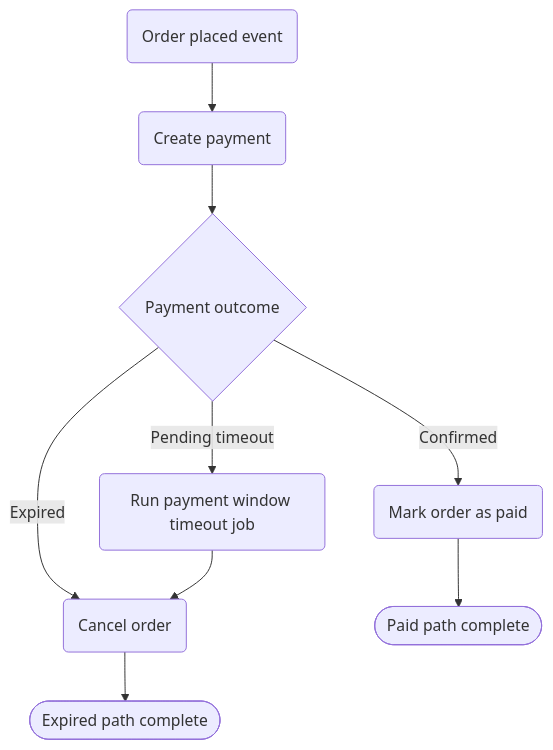
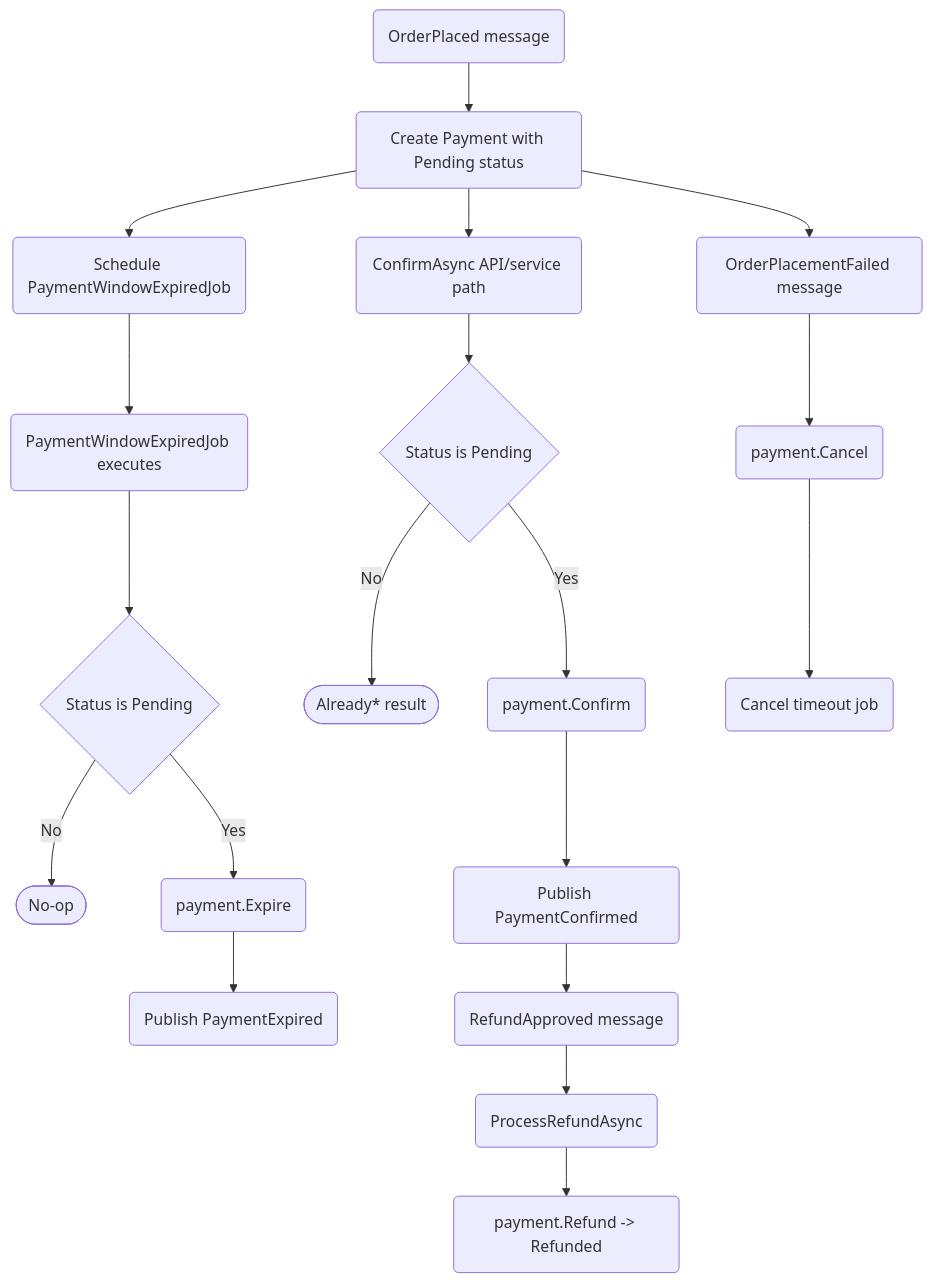
The diagram in assets/diagrams/flows/payments-lifecycle.md (kwojtasinski-repo/ECommerceApp), drawn with Mermaid before and after one commit. The commit also changed other lines of this file and 12 other files, not shown here.

Commit message:
[Docs] Update specification and flows

````diff
--- a/assets/diagrams/flows/payments-lifecycle.md
+++ b/assets/diagrams/flows/payments-lifecycle.md
@@ -6,11 +5,25 @@
 ```mermaid
 graph TD
-    A(Order placed event) --> B(Create payment)
-    B --> C{Payment outcome}
-    C -->|Confirmed| D(Mark order as paid)
-    C -->|Expired| E(Cancel order)
-    C -->|Pending timeout| F(Run payment window timeout job)
-    F --> E
-    D --> G([Paid path complete])
-    E --> H([Expired path complete])
+    A(OrderPlaced message) --> B(Create Payment with Pending status)
+    B --> C(Schedule PaymentWindowExpiredJob)
+
+    B --> D(ConfirmAsync API/service path)
+    D --> E{Status is Pending}
+    E -->|No| F([Already* result])
+    E -->|Yes| G(payment.Confirm)
+    G --> H(Publish PaymentConfirmed)
+
+    C --> I(PaymentWindowExpiredJob executes)
+    I --> J{Status is Pending}
+    J -->|No| K([No-op])
+    J -->|Yes| L(payment.Expire)
+    L --> M(Publish PaymentExpired)
+
+    B --> N(OrderPlacementFailed message)
+    N --> O(payment.Cancel)
+    O --> P(Cancel timeout job)
+
+    H --> Q(RefundApproved message)
+    Q --> R(ProcessRefundAsync)
+    R --> S(payment.Refund -> Refunded)
 ```
````
